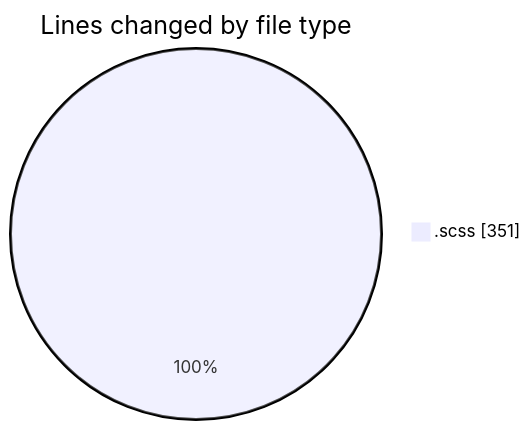
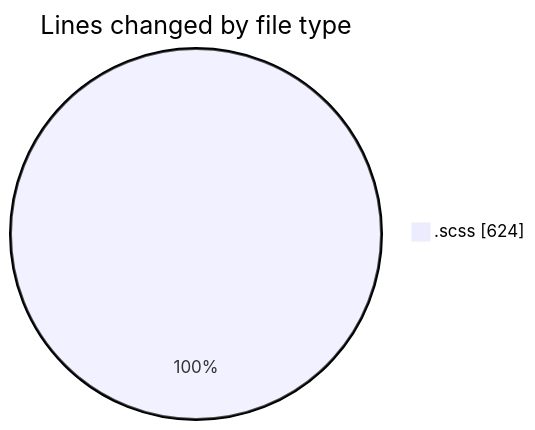
One commit to momahboobian/code-tracking changed the first of 2 diagrams in 2026-01-21/cda/README.md. Above: the diagram before and after it, drawn with Mermaid. The commit also changed other lines of this file and 1 other file, not shown here.

````diff
--- a/2026-01-21/cda/README.md
+++ b/2026-01-21/cda/README.md
@@ -21,5 +22,5 @@
 ```mermaid
 pie showData
 title Lines changed by file type
-".scss" : 351
+".scss" : 624
 ```
````
